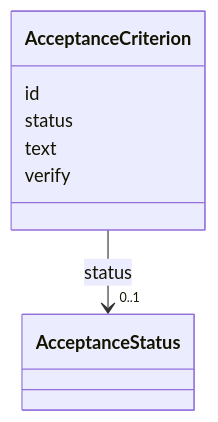
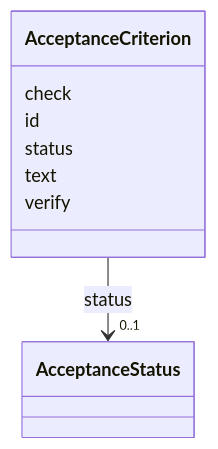
The diagram in docs/schema/v2/classes/AcceptanceCriterion.md (jeffposey/agentjobs), drawn with Mermaid before and after one commit. The commit also changed other lines of this file and 15 other files, not shown here.

First line of the commit message:
feat(schema): a task may say it is a design pass or an implementation (task-592)

````diff
--- a/docs/schema/v2/classes/AcceptanceCriterion.md
+++ b/docs/schema/v2/classes/AcceptanceCriterion.md
@@ -23,23 +23,25 @@
 ```mermaid
  classDiagram
     class AcceptanceCriterion
     click AcceptanceCriterion href "../../classes/AcceptanceCriterion/"
+      AcceptanceCriterion : check
+        
       AcceptanceCriterion : id
         
       AcceptanceCriterion : status
         
           
     
         
         
         AcceptanceCriterion --> "0..1" AcceptanceStatus : status
         click AcceptanceStatus href "../../enums/AcceptanceStatus/"
     
 
         
       AcceptanceCriterion : text
         
       AcceptanceCriterion : verify
         
       
 ```
````
